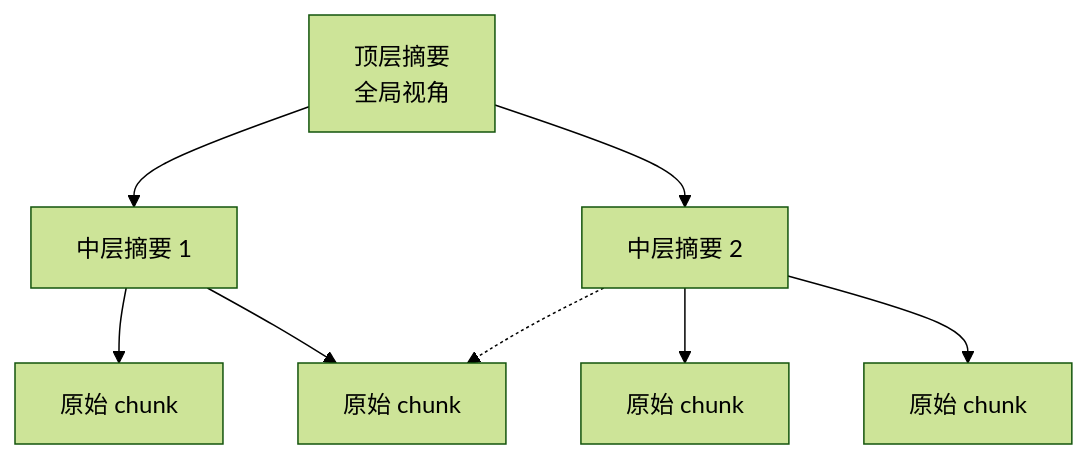
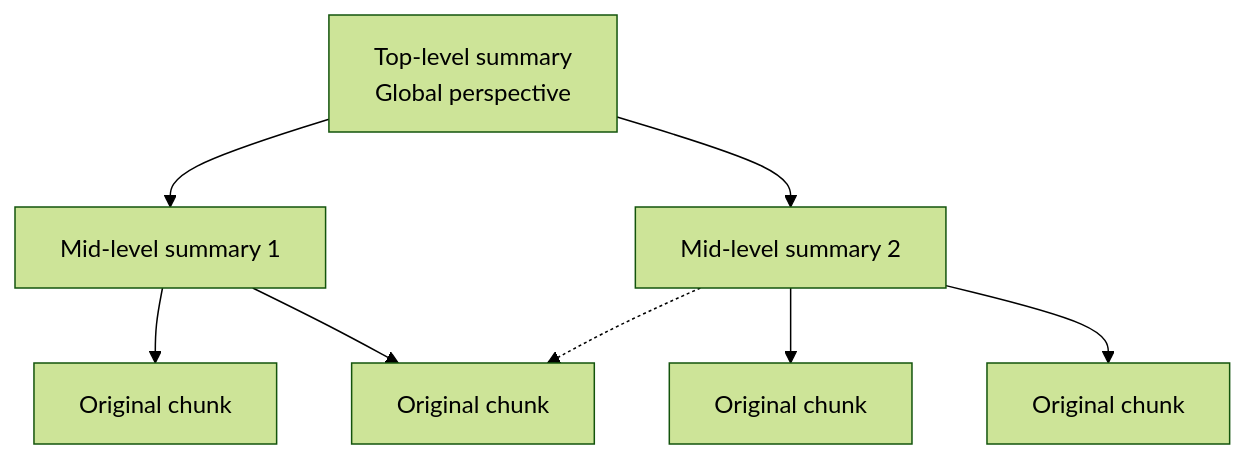
One commit to oneleaveknowsthefall/awesome-ai-roadmap changed the third of 5 diagrams in docs/rag/04-advanced/15-advanced-rag-paradigms.md. Above: the diagram before and after it, drawn with Mermaid (forest theme). The commit also changed other lines of this file and 60 other files, not shown here.

````diff
--- a/docs/rag/04-advanced/15-advanced-rag-paradigms.md
+++ b/docs/rag/04-advanced/15-advanced-rag-paradigms.md
@@ -76,10 +76,10 @@
 ```mermaid
 flowchart TB
-    ROOT[顶层摘要<br/>全局视角] --> M1[中层摘要 1]
-    ROOT --> M2[中层摘要 2]
-    M1 --> L1[原始 chunk]
-    M1 --> L2[原始 chunk]
-    M2 --> L3[原始 chunk]
-    M2 --> L4[原始 chunk]
+    ROOT[Top-level summary<br/>Global perspective] --> M1[Mid-level summary 1]
+    ROOT --> M2[Mid-level summary 2]
+    M1 --> L1[Original chunk]
+    M1 --> L2[Original chunk]
+    M2 --> L3[Original chunk]
+    M2 --> L4[Original chunk]
     M2 -.-> L2
 ```
````
